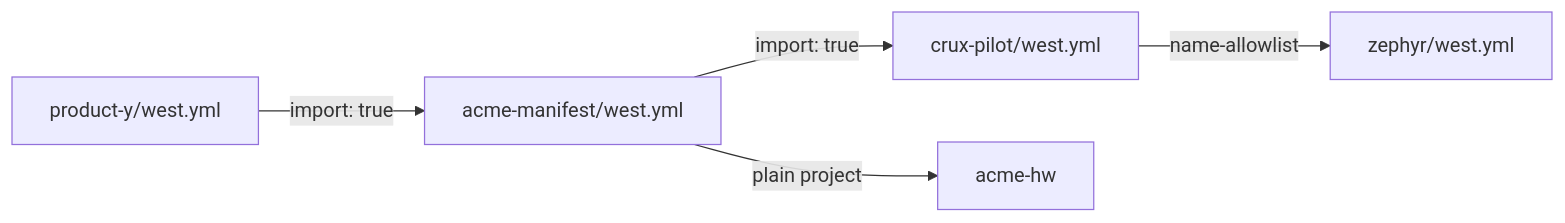
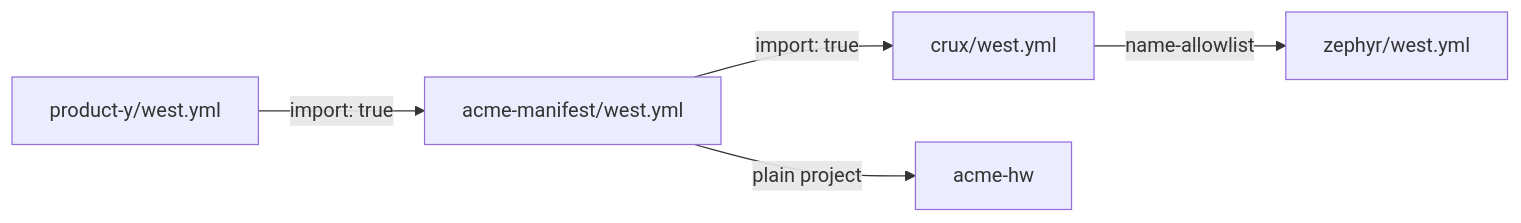
One commit to wonny-labs/crux changed the diagram in templates/organisation-manifest/README.md. Above: the diagram before and after it, drawn with Mermaid. The commit also changed other lines of this file and 215 other files, not shown here.

First line of the commit message:
chore: rename crux-pilot to crux in the repository

````diff
--- a/templates/organisation-manifest/README.md
+++ b/templates/organisation-manifest/README.md
@@ -24,7 +24,7 @@
 ```mermaid
 flowchart LR
     P["product-y/west.yml"] -->|"import: true"| O["acme-manifest/west.yml"]
-    O -->|"import: true"| C["crux-pilot/west.yml"]
+    O -->|"import: true"| C["crux/west.yml"]
     C -->|"name-allowlist"| Z["zephyr/west.yml"]
     O -->|"plain project"| H["acme-hw"]
 ```
````
